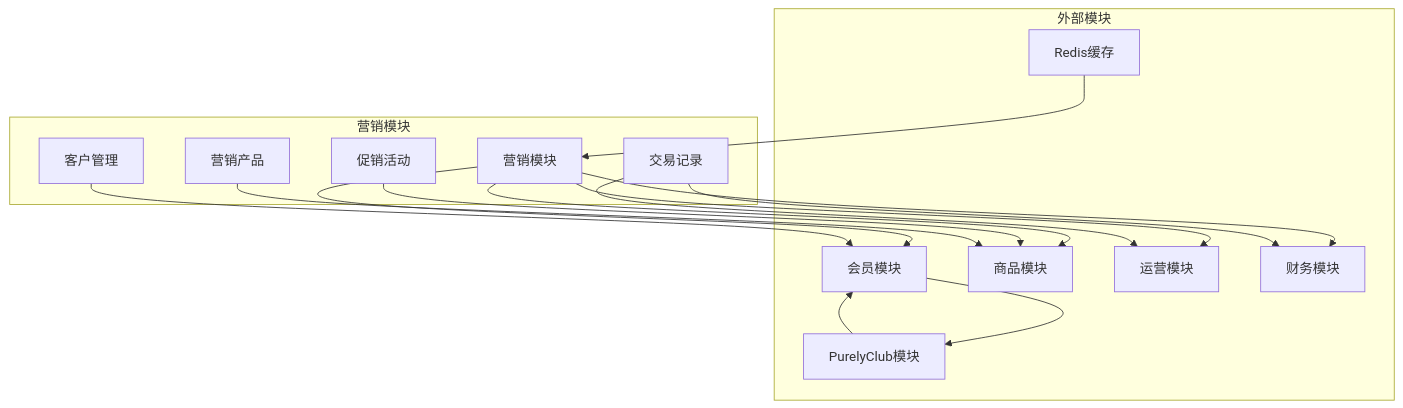
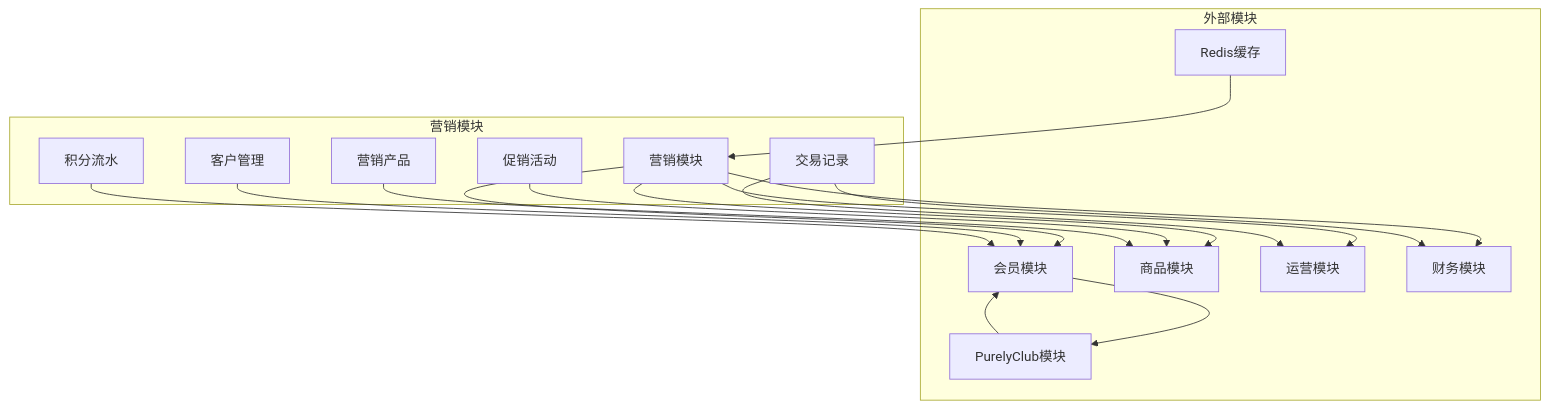
Diagram 31 of 32 in .qoder/repowiki/zh/content/业务模块/营销推广模块/营销推广模块.md (rc558620/purelyprofit-server), drawn with Mermaid before and after one commit. The commit also changed other lines of this file and 16 other files, not shown here.

````diff
--- a/.qoder/repowiki/zh/content/业务模块/营销推广模块/营销推广模块.md
+++ b/.qoder/repowiki/zh/content/业务模块/营销推广模块/营销推广模块.md
@@ -1089,30 +1319,32 @@
 ```mermaid
 graph TB
 subgraph "营销模块"
 Marketing["营销模块"]
 Customers["客户管理"]
 Promotions["促销活动"]
 Products["营销产品"]
 Transactions["交易记录"]
+PointsRecords["积分流水"]
 end
 subgraph "外部模块"
 Member["会员模块"]
 Goods["商品模块"]
 Operations["运营模块"]
 Finance["财务模块"]
 Club["PurelyClub模块"]
 Redis["Redis缓存"]
 end
 Marketing --> Member
 Marketing --> Goods
 Marketing --> Operations
 Marketing --> Finance
 Customers --> Member
 Promotions --> Goods
 Products --> Goods
 Transactions --> Operations
 Transactions --> Finance
+PointsRecords --> Member
 Member --> Club
 Club --> Member
 Redis --> Marketing
 ```
````
